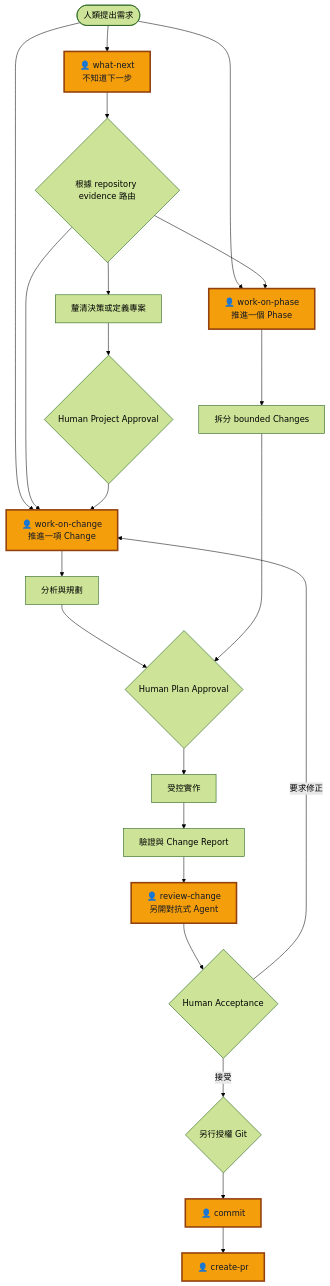
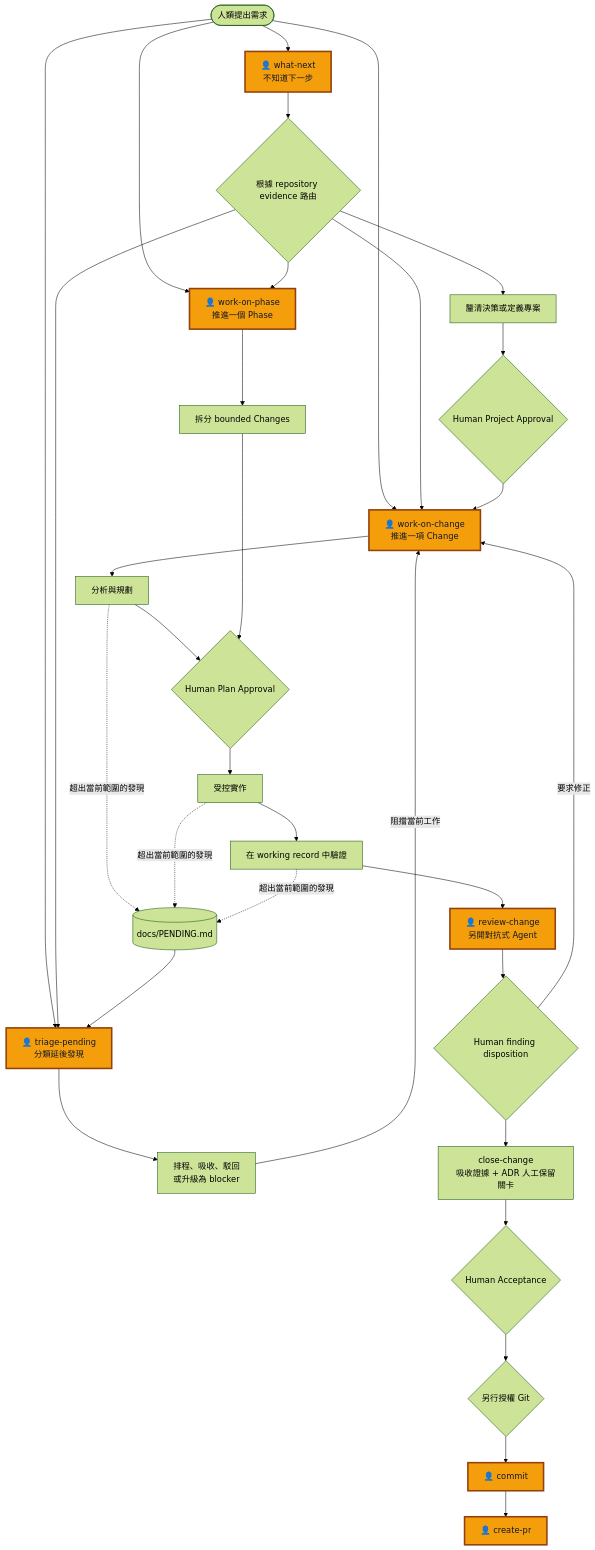
Before and after one commit to busybutlazy/Skill_Merchant-: the second of 2 diagrams in README.md, drawn with Mermaid (forest theme). The commit also changed other lines of this file and 1 other file, not shown here.

Commit message:
fix(docs): align workflow diagrams for v1.9.1

````diff
--- a/README.md
+++ b/README.md
@@ -276,27 +284,37 @@
 ```mermaid
 flowchart TD
     START([人類提出需求])
     START --> WHAT["👤 what-next<br/>不知道下一步"]
     START --> CHANGE["👤 work-on-change<br/>推進一項 Change"]
     START --> PHASE["👤 work-on-phase<br/>推進一個 Phase"]
+    START --> TRIAGE["👤 triage-pending<br/>分類延後發現"]
     WHAT --> ROUTE{根據 repository evidence 路由}
     ROUTE --> DISCOVERY[釐清決策或定義專案]
     ROUTE --> CHANGE
     ROUTE --> PHASE
+    ROUTE --> TRIAGE
     DISCOVERY --> PROJECT_GATE{Human Project Approval}
     PROJECT_GATE --> CHANGE
     CHANGE --> PLAN[分析與規劃]
     PLAN --> PLAN_GATE{Human Plan Approval}
     PLAN_GATE --> IMPLEMENT[受控實作]
-    IMPLEMENT --> VERIFY[驗證與 Change Report]
+    IMPLEMENT --> VERIFY[在 working record 中驗證]
+    PLAN -. 超出當前範圍的發現 .-> PENDING[(docs/PENDING.md)]
+    IMPLEMENT -. 超出當前範圍的發現 .-> PENDING
+    VERIFY -. 超出當前範圍的發現 .-> PENDING
+    PENDING --> TRIAGE
+    TRIAGE --> PENDING_RESULT[排程、吸收、駁回<br/>或升級為 blocker]
+    PENDING_RESULT -->|阻擋當前工作| CHANGE
     PHASE --> PHASE_FLOW[拆分 bounded Changes]
     PHASE_FLOW --> PLAN_GATE
     VERIFY --> REVIEW["👤 review-change<br/>另開對抗式 Agent"]
-    REVIEW --> ACCEPT{Human Acceptance}
-    ACCEPT -->|要求修正| CHANGE
-    ACCEPT -->|接受| GIT{另行授權 Git}
+    REVIEW --> DISPOSE{Human finding disposition}
+    DISPOSE -->|要求修正| CHANGE
+    DISPOSE --> CLOSE["close-change<br/>吸收證據 + ADR 人工保留關卡"]
+    CLOSE --> ACCEPT{Human Acceptance}
+    ACCEPT --> GIT{另行授權 Git}
     GIT --> COMMIT["👤 commit"]
     COMMIT --> PR["👤 create-pr"]
     classDef human fill:#f59e0b,stroke:#92400e,color:#111827,stroke-width:3px;
-    class WHAT,CHANGE,PHASE,REVIEW,COMMIT,PR human;
+    class WHAT,CHANGE,PHASE,TRIAGE,REVIEW,COMMIT,PR human;
 ```
````
